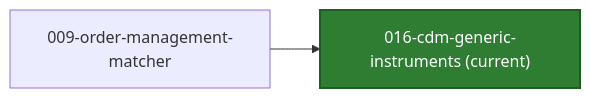
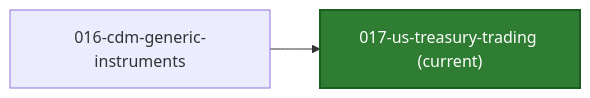
Before and after one commit to jduitz/traderX: the first of 2 diagrams in README.md, drawn with Mermaid. The commit also changed other lines of this file and 125 other files, not shown here.

First line of the commit message:
snapshot: 017-us-treasury-trading generated from 808b683ec73267dd9cb52d1d1887d573856357f2

````diff
--- a/README.md
+++ b/README.md
@@ -23,8 +23,8 @@
 ```mermaid
 flowchart LR
-  S_CUR["016-cdm-generic-instruments (current)"]
+  S_CUR["017-us-treasury-trading (current)"]
   style S_CUR fill:#2e7d32,stroke:#1b5e20,color:#ffffff,stroke-width:2px
-  S_PREV_009_order_management_matcher["009-order-management-matcher"] --> S_CUR
-  click S_PREV_009_order_management_matcher href "https://github.com/jduitz/traderX/tree/code%2Fgenerated-state-009-order-management-matcher" "Open branch"
-  click S_CUR href "https://github.com/jduitz/traderX/tree/code%2Fgenerated-state-016-cdm-generic-instruments" "Open current branch"
+  S_PREV_016_cdm_generic_instruments["016-cdm-generic-instruments"] --> S_CUR
+  click S_PREV_016_cdm_generic_instruments href "https://github.com/jduitz/traderX/tree/code%2Fgenerated-state-016-cdm-generic-instruments" "Open branch"
+  click S_CUR href "https://github.com/jduitz/traderX/tree/code%2Fgenerated-state-017-us-treasury-trading" "Open current branch"
 ```
````
